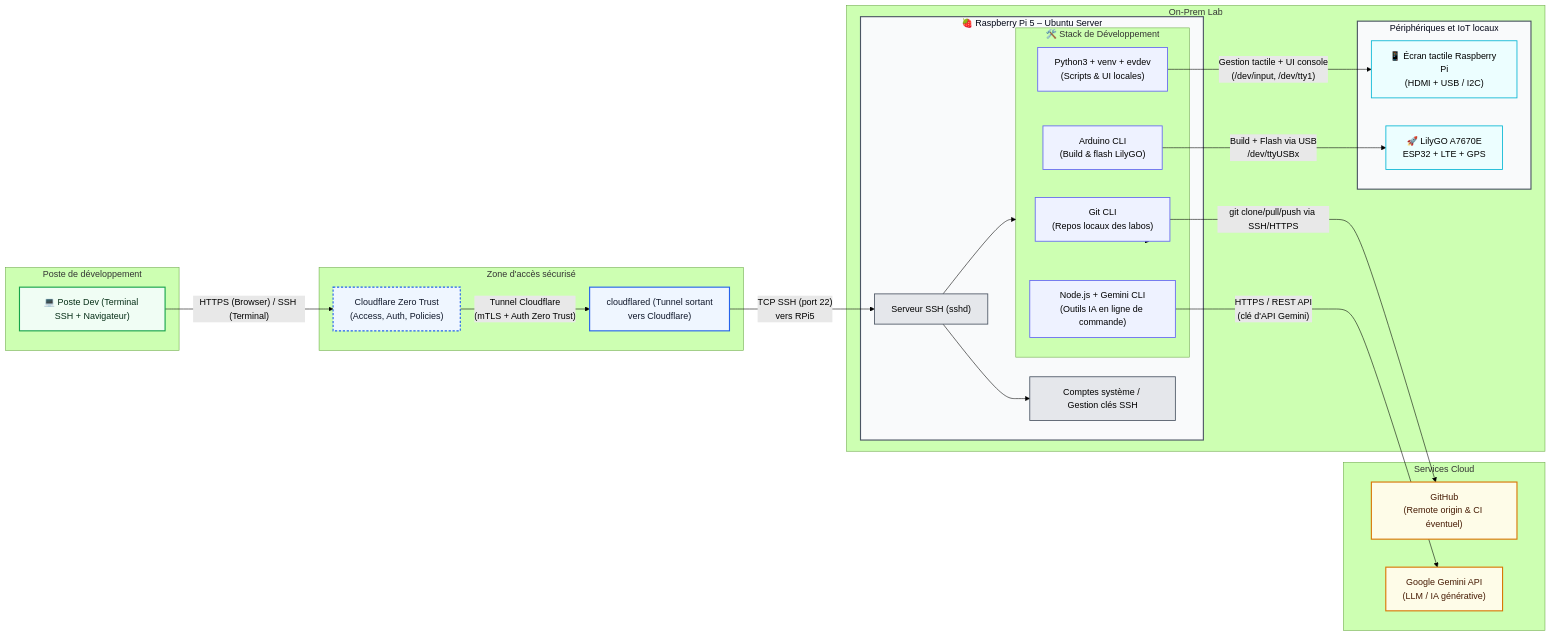
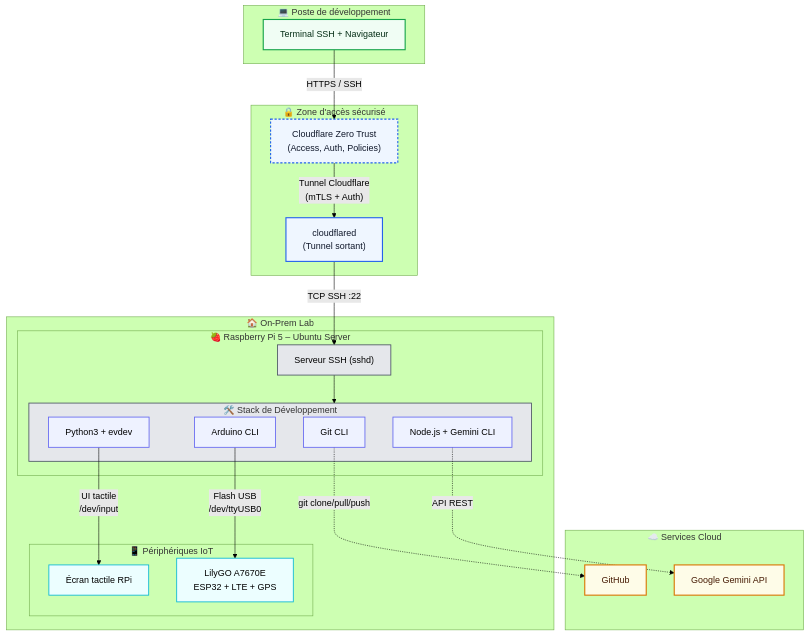
Before and after one commit to fpoisson2/243-4J5-LI: the diagram in labo1/Labo1-environnement de programmation distant sur rPi.md, drawn with Mermaid (forest theme).

Commit message:
Modification du diagramme d'architecture en orientation verticale
- Changement de graph LR à graph TD (top-down)
- Simplification des libellés pour meilleure lisibilité verticale
- Ajout d'emojis dans les titres de zones pour identification rapide
- Flux plus clair de haut en bas: Client → Accès → Lab → Cloud

🤖 Generated with [Claude Code](https://claude.com/claude-code)

````diff
--- a/labo1/Labo1-environnement de programmation distant sur rPi.md
+++ b/labo1/Labo1-environnement de programmation distant sur rPi.md
@@ -10,75 +10,73 @@
 ```mermaid
-graph LR
+graph TD
     %% ==== STYLES ====
     classDef zoneClient fill:#f0fdf4,stroke:#16a34a,stroke-width:2px,color:#052e16;
     classDef zoneAccess fill:#eff6ff,stroke:#2563eb,stroke-width:2px,color:#0f172a;
     classDef zoneLab fill:#f9fafb,stroke:#4b5563,stroke-width:2px,color:#020617;
     classDef zoneCloud fill:#fefce8,stroke:#d97706,stroke-width:2px,color:#451a03;
     classDef componentCore fill:#e5e7eb,stroke:#4b5563,stroke-width:1.5px;
     classDef componentService fill:#eef2ff,stroke:#6366f1,stroke-width:1.5px;
     classDef componentDevice fill:#ecfeff,stroke:#06b6d4,stroke-width:1.5px;
     classDef securityEdge fill:#fef2f2,stroke:#b91c1c,stroke-width:1.5px,stroke-dasharray:4 3;
 
     %% ==== ZONE CLIENT ====
-    subgraph Zone_Client ["Poste de développement"]
-        Dev_PC["💻 Poste Dev (Terminal SSH + Navigateur)"]:::zoneClient
+    subgraph Zone_Client ["💻 Poste de développement"]
+        Dev_PC["Terminal SSH + Navigateur"]:::zoneClient
     end
 
     %% ==== ZONE D'ACCÈS / EDGE ====
-    subgraph Zone_Access ["Zone d'accès sécurisé"]
+    subgraph Zone_Access ["🔒 Zone d'accès sécurisé"]
         CF_ZT["Cloudflare Zero Trust<br/>(Access, Auth, Policies)"]:::securityEdge
-        CF_Tunnel["cloudflared (Tunnel sortant<br/>vers Cloudflare)"]:::componentService
+        CF_Tunnel["cloudflared<br/>(Tunnel sortant)"]:::componentService
     end
 
     %% ==== ZONE LAB / ON-PREM ====
-    subgraph Zone_Lab ["On-Prem Lab"]
+    subgraph Zone_Lab ["🏠 On-Prem Lab"]
         subgraph RPi5_Core ["🍓 Raspberry Pi 5 – Ubuntu Server"]
             SSHD["Serveur SSH (sshd)"]:::componentCore
-            System_Users["Comptes système / Gestion clés SSH"]:::componentCore
 
             subgraph Dev_Stack ["🛠️ Stack de Développement"]
-                Git_CLI["Git CLI<br/>(Repos locaux des labos)"]:::componentService
-                Node_Gemini["Node.js + Gemini CLI<br/>(Outils IA en ligne de commande)"]:::componentService
-                Python_Env["Python3 + venv + evdev<br/>(Scripts & UI locales)"]:::componentService
-                Arduino_CLI["Arduino CLI<br/>(Build & flash LilyGO)"]:::componentService
+                Git_CLI["Git CLI"]:::componentService
+                Node_Gemini["Node.js + Gemini CLI"]:::componentService
+                Python_Env["Python3 + evdev"]:::componentService
+                Arduino_CLI["Arduino CLI"]:::componentService
             end
         end
 
-        subgraph Lab_Devices ["Périphériques et IoT locaux"]
-            Touchscreen["📱 Écran tactile Raspberry Pi<br/>(HDMI + USB / I2C)"]:::componentDevice
-            LilyGO_A7670E["🚀 LilyGO A7670E<br/>ESP32 + LTE + GPS"]:::componentDevice
+        subgraph Lab_Devices ["📱 Périphériques IoT"]
+            Touchscreen["Écran tactile RPi"]:::componentDevice
+            LilyGO_A7670E["LilyGO A7670E<br/>ESP32 + LTE + GPS"]:::componentDevice
         end
     end
 
     %% ==== ZONE CLOUD / SAAS ====
-    subgraph Zone_Cloud ["Services Cloud"]
-        GitHub_SaaS["GitHub<br/>(Remote origin & CI éventuel)"]:::zoneCloud
-        Gemini_API["Google Gemini API<br/>(LLM / IA générative)"]:::zoneCloud
+    subgraph Zone_Cloud ["☁️ Services Cloud"]
+        GitHub_SaaS["GitHub"]:::zoneCloud
+        Gemini_API["Google Gemini API"]:::zoneCloud
     end
 
     %% ==== FLUX PRINCIPAUX ====
 
-    %% 1. ACCÈS DISTANT
-    Dev_PC -- "HTTPS (Browser) / SSH (Terminal)" --> CF_ZT
-    CF_ZT -- "Tunnel Cloudflare<br/>(mTLS + Auth Zero Trust)" --> CF_Tunnel
-    CF_Tunnel -- "TCP SSH (port 22)<br/>vers RPi5" --> SSHD
-    SSHD --> System_Users
+    %% 1. ACCÈS DISTANT (vertical)
+    Dev_PC -->|"HTTPS / SSH"| CF_ZT
+    CF_ZT -->|"Tunnel Cloudflare<br/>(mTLS + Auth)"| CF_Tunnel
+    CF_Tunnel -->|"TCP SSH :22"| SSHD
     SSHD --> Dev_Stack
 
     %% 2. DEV & GESTION DE CODE
-    Dev_Stack --> Git_CLI
-    Git_CLI -- "git clone/pull/push via SSH/HTTPS" --> GitHub_SaaS
+    Git_CLI -.->|"git clone/pull/push"| GitHub_SaaS
 
     %% 3. APPELS IA
-    Node_Gemini -- "HTTPS / REST API<br/>(clé d'API Gemini)" --> Gemini_API
+    Node_Gemini -.->|"API REST"| Gemini_API
 
     %% 4. INTERACTIONS MATÉRIELLES
-    Python_Env -- "Gestion tactile + UI console<br/>(/dev/input, /dev/tty1)" --> Touchscreen
-    Arduino_CLI -- "Build + Flash via USB<br/>/dev/ttyUSBx" --> LilyGO_A7670E
+    Python_Env -->|"UI tactile<br/>/dev/input"| Touchscreen
+    Arduino_CLI -->|"Flash USB<br/>/dev/ttyUSB0"| LilyGO_A7670E
 
     %% ==== CLASS ZONES ====
     class Dev_PC zoneClient;
     class CF_ZT,CF_Tunnel zoneAccess;
-    class RPi5_Core,Lab_Devices zoneLab;
+    class SSHD,Dev_Stack componentCore;
+    class Touchscreen,LilyGO_A7670E componentDevice;
     class GitHub_SaaS,Gemini_API zoneCloud;
 ```
````
